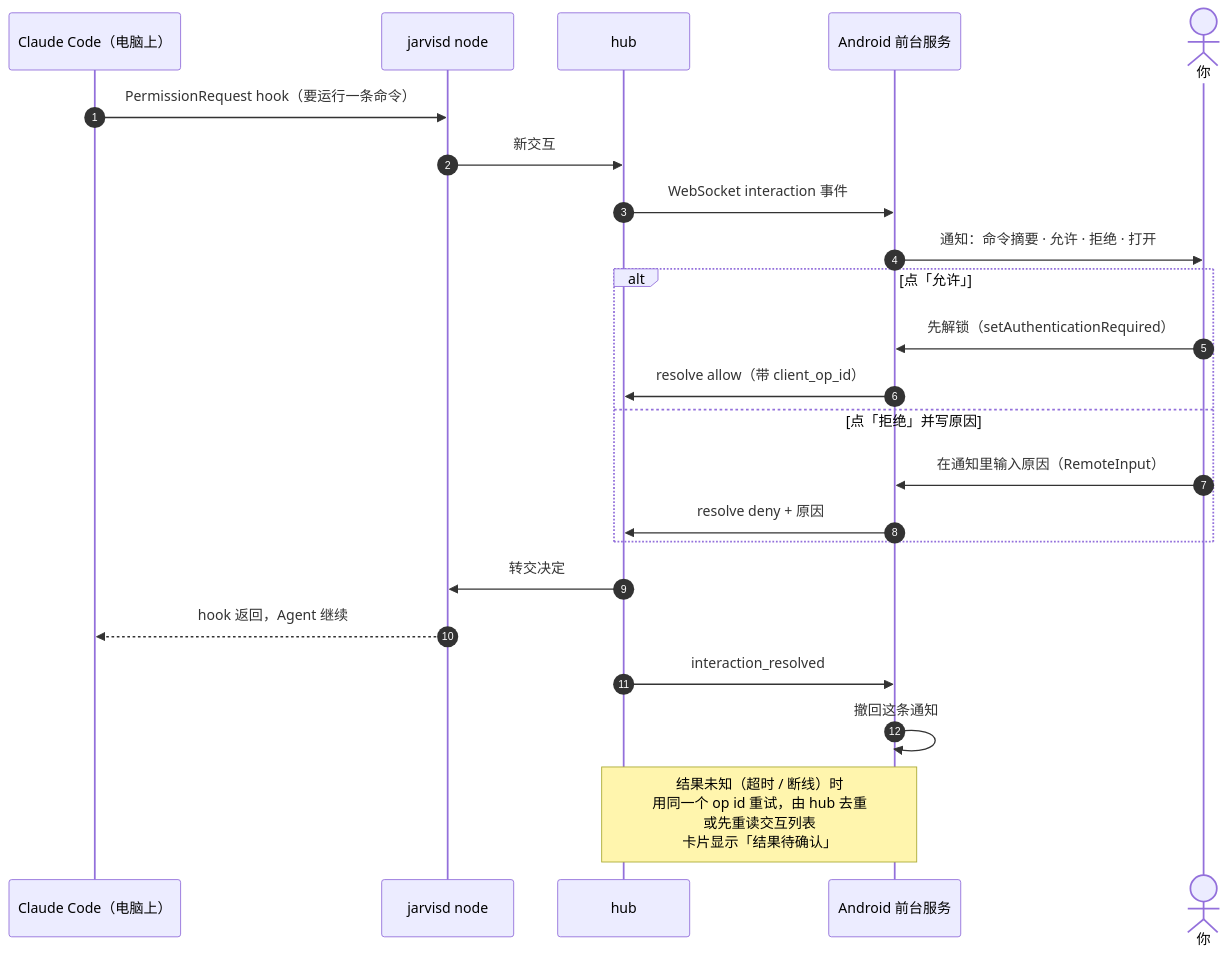
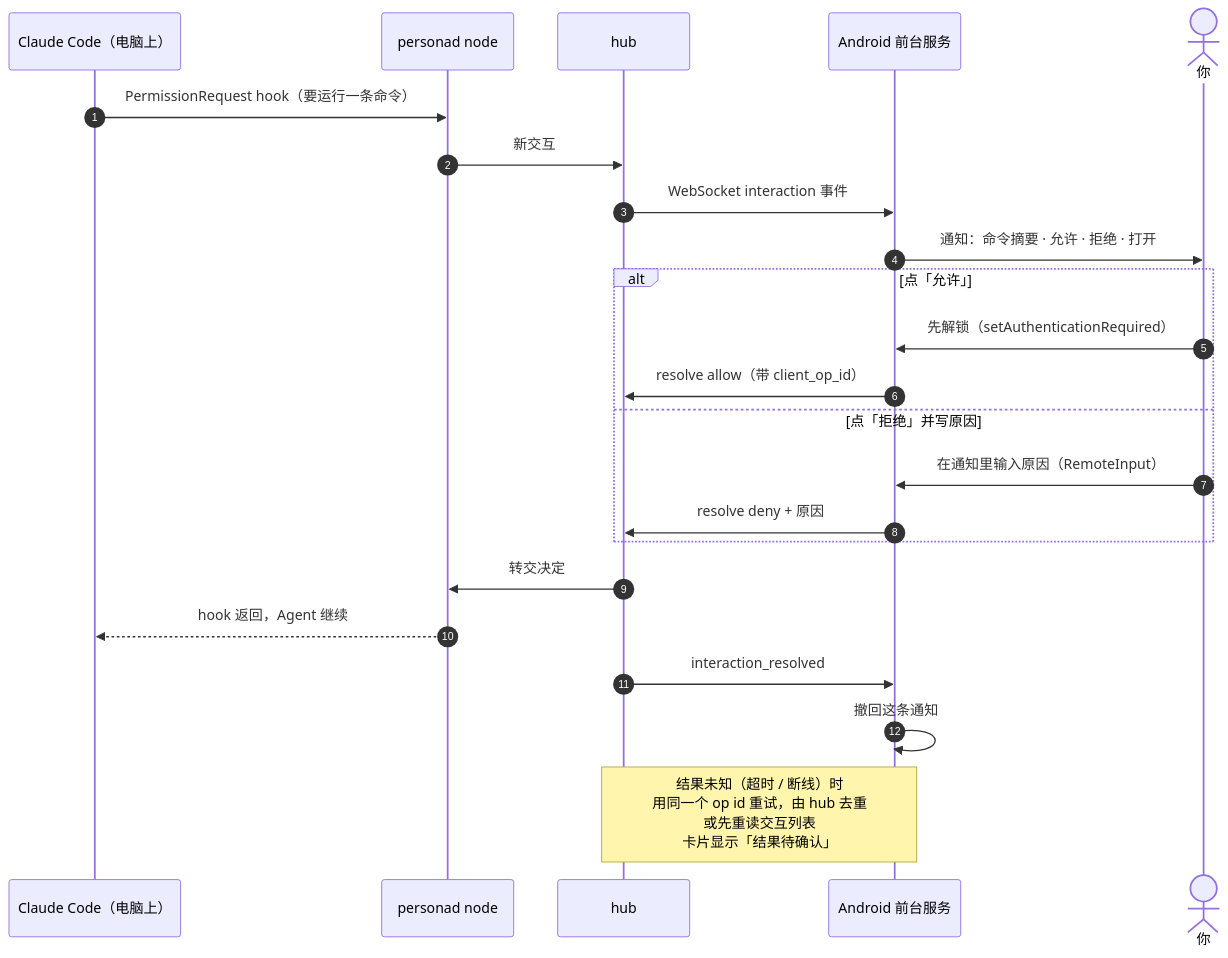
One commit to 413180794/persona changed the eighth of 15 diagrams in docs/redesign/flows.md. Above: the diagram before and after it, drawn with Mermaid. The commit also changed other lines of this file and 99 other files, not shown here.

````diff
--- a/docs/redesign/flows.md
+++ b/docs/redesign/flows.md
@@ -201,25 +201,25 @@
 ```mermaid
 sequenceDiagram
   autonumber
   participant C as Claude Code（电脑上）
-  participant N as jarvisd node
+  participant N as personad node
   participant H as hub
   participant S as Android 前台服务
   actor U as 你
   C->>N: PermissionRequest hook（要运行一条命令）
   N->>H: 新交互
   H->>S: WebSocket interaction 事件
   S->>U: 通知：命令摘要 · 允许 · 拒绝 · 打开
   alt 点「允许」
     U->>S: 先解锁（setAuthenticationRequired）
     S->>H: resolve allow（带 client_op_id）
   else 点「拒绝」并写原因
     U->>S: 在通知里输入原因（RemoteInput）
     S->>H: resolve deny + 原因
   end
   H->>N: 转交决定
   N-->>C: hook 返回，Agent 继续
   H->>S: interaction_resolved
   S->>S: 撤回这条通知
   Note over H,S: 结果未知（超时 / 断线）时<br/>用同一个 op id 重试，由 hub 去重<br/>或先重读交互列表<br/>卡片显示「结果待确认」
 ```
````
